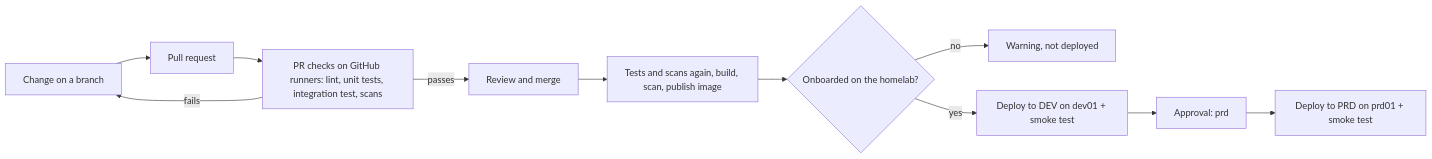
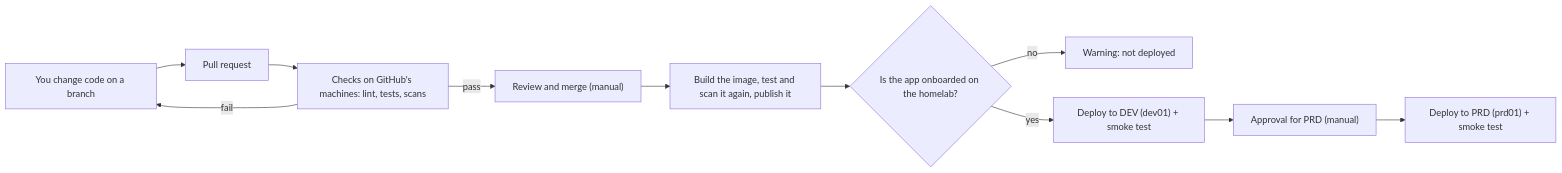
Before and after one commit to zulhardy-lab/devops-projects: the diagram in README.md, drawn with Mermaid. The commit also changed other lines of this file and 1 other file, not shown here.

````diff
--- a/README.md
+++ b/README.md
@@ -18,13 +51,13 @@
 ```mermaid
 flowchart LR
-    A["Change on a branch"] --> B["Pull request"]
-    B --> C["PR checks on GitHub runners: lint, unit tests, integration test, scans"]
-    C -->|"fails"| A
-    C -->|"passes"| D["Review and merge"]
-    D --> E["Tests and scans again, build, scan, publish image"]
-    E --> F{"Onboarded on the homelab?"}
-    F -->|"no"| W["Warning, not deployed"]
-    F -->|"yes"| G["Deploy to DEV on dev01 + smoke test"]
-    G --> H["Approval: prd"]
-    H --> I["Deploy to PRD on prd01 + smoke test"]
+    A["You change code on a branch"] --> B["Pull request"]
+    B --> C["Checks on GitHub's machines: lint, tests, scans"]
+    C -->|"fail"| A
+    C -->|"pass"| D["Review and merge (manual)"]
+    D --> E["Build the image, test and scan it again, publish it"]
+    E --> F{"Is the app onboarded on the homelab?"}
+    F -->|"no"| W["Warning: not deployed"]
+    F -->|"yes"| G["Deploy to DEV (dev01) + smoke test"]
+    G --> H["Approval for PRD (manual)"]
+    H --> I["Deploy to PRD (prd01) + smoke test"]
 ```
````
